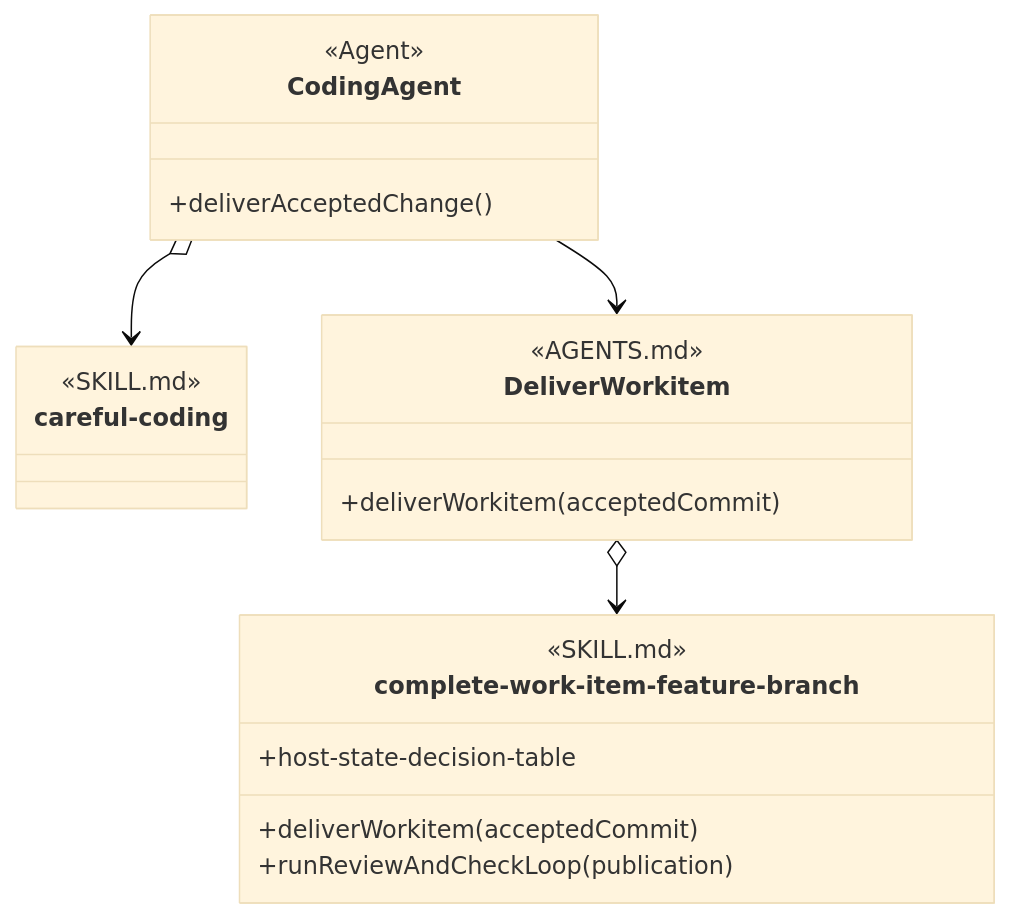
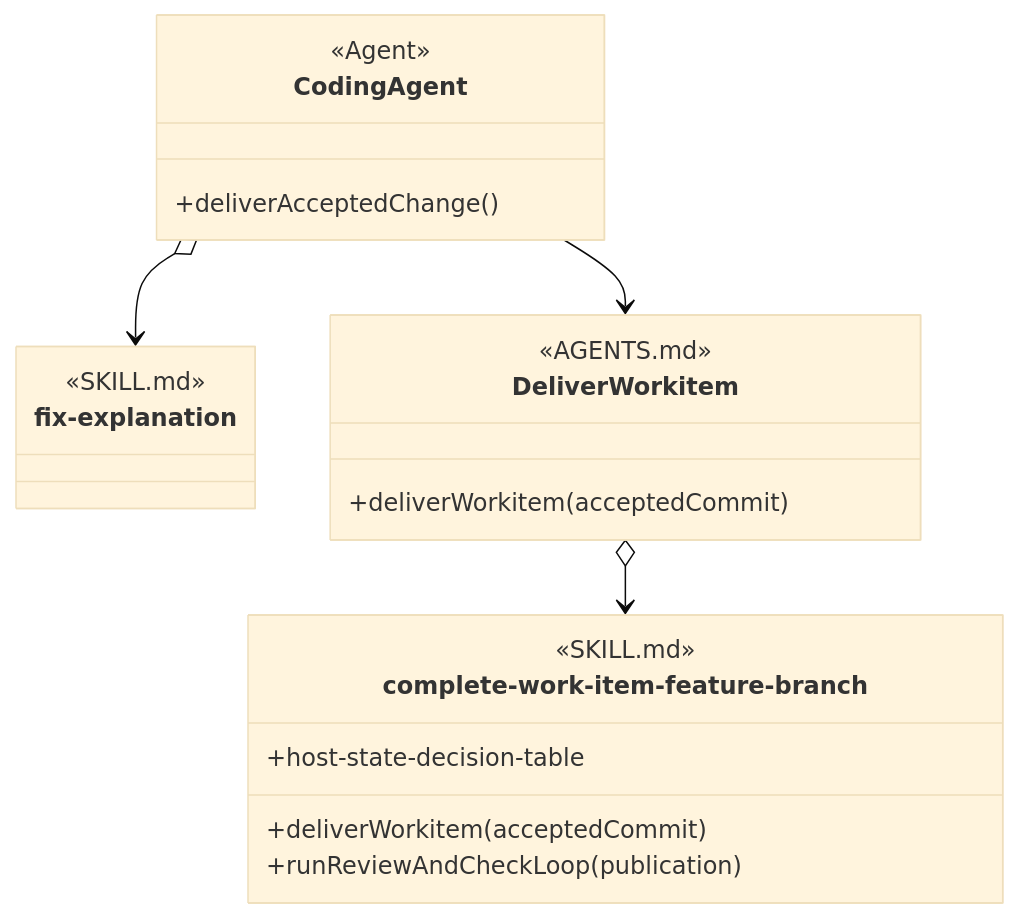
Before and after one commit to martinbechard/dev-methodology: the tenth of 11 diagrams in design/object-oriented-agent-and-skill-model.md, drawn with Mermaid (base theme). The commit also changed other lines of this file and 2 other files, not shown here.

````diff
--- a/design/object-oriented-agent-and-skill-model.md
+++ b/design/object-oriented-agent-and-skill-model.md
@@ -540,31 +546,31 @@
 ```mermaid
 classDiagram
     direction TB
 
     class CodingAgent {
         <<Agent>>
         +deliverAcceptedChange()
     }
 
-    class careful-coding {
+    class fix-explanation {
         <<SKILL.md>>
         <<Agent Skill>>
     }
 
     class DeliverWorkitem {
         <<AGENTS.md>>
         +deliverWorkitem(acceptedCommit)
     }
 
     class complete-work-item-feature-branch {
         <<SKILL.md>>
         <<Injectable Skill>>
         +deliverWorkitem(acceptedCommit)
         +runReviewAndCheckLoop(publication)
         +host-state-decision-table
     }
 
-    CodingAgent o--> careful-coding
+    CodingAgent o--> fix-explanation
     CodingAgent --> DeliverWorkitem
     DeliverWorkitem o--> complete-work-item-feature-branch
 ```
````
